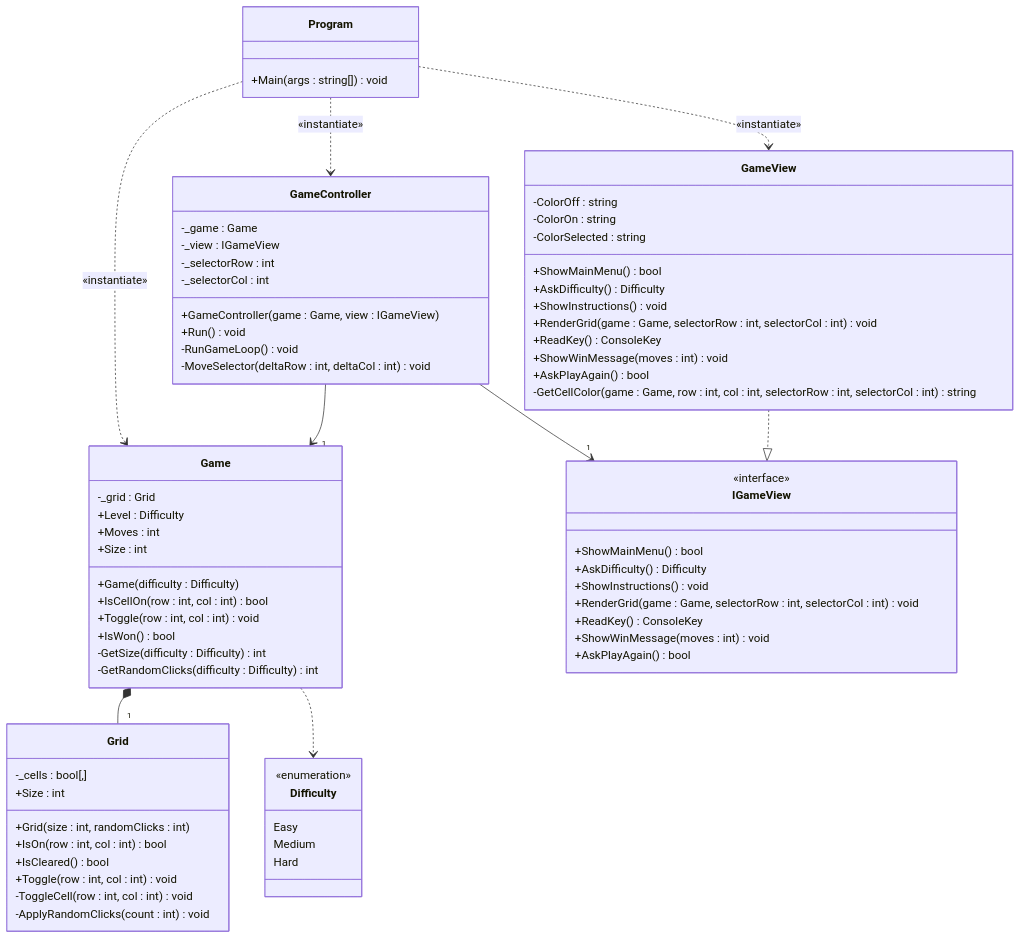
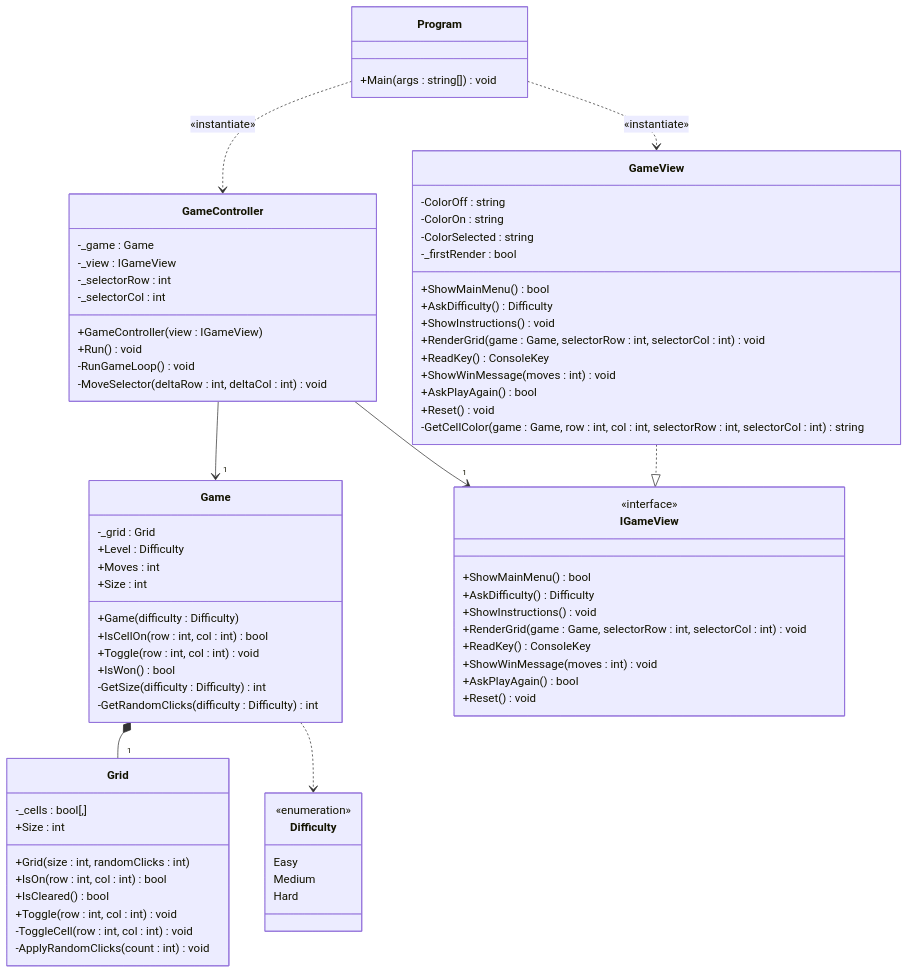
The diagram in README.md (Guilhermecortez20/blackout-lc-a22407743), drawn with Mermaid before and after one commit. The commit also changed other lines of this file and 5 other files, not shown here.

Commit message:
Update UML diagram to reflect Reset() method, updated GameController constructor and remove Game instantiation from Program

```diff
--- a/README.md
+++ b/README.md
@@ -81,7 +81,7 @@
         -_view : IGameView
         -_selectorRow : int
         -_selectorCol : int
-        +GameController(game : Game, view : IGameView)
+        +GameController(view : IGameView)
         +Run() void
         -RunGameLoop() void
         -MoveSelector(deltaRow : int, deltaCol : int) void
@@ -127,12 +127,14 @@
         +ReadKey() ConsoleKey
         +ShowWinMessage(moves : int) void
         +AskPlayAgain() bool
+        +Reset() void
     }
 
     class GameView {
         -ColorOff : string
         -ColorOn : string
         -ColorSelected : string
+        -_firstRender : bool
         +ShowMainMenu() bool
         +AskDifficulty() Difficulty
         +ShowInstructions() void
@@ -140,11 +142,11 @@
         +ReadKey() ConsoleKey
         +ShowWinMessage(moves : int) void
         +AskPlayAgain() bool
+        +Reset() void
         -GetCellColor(game : Game, row : int, col : int, selectorRow : int, selectorCol : int) string
     }
 
     Program ..> GameController : «instantiate»
-    Program ..> Game : «instantiate»
     Program ..> GameView : «instantiate»
 
     GameController --> "1" Game
```
